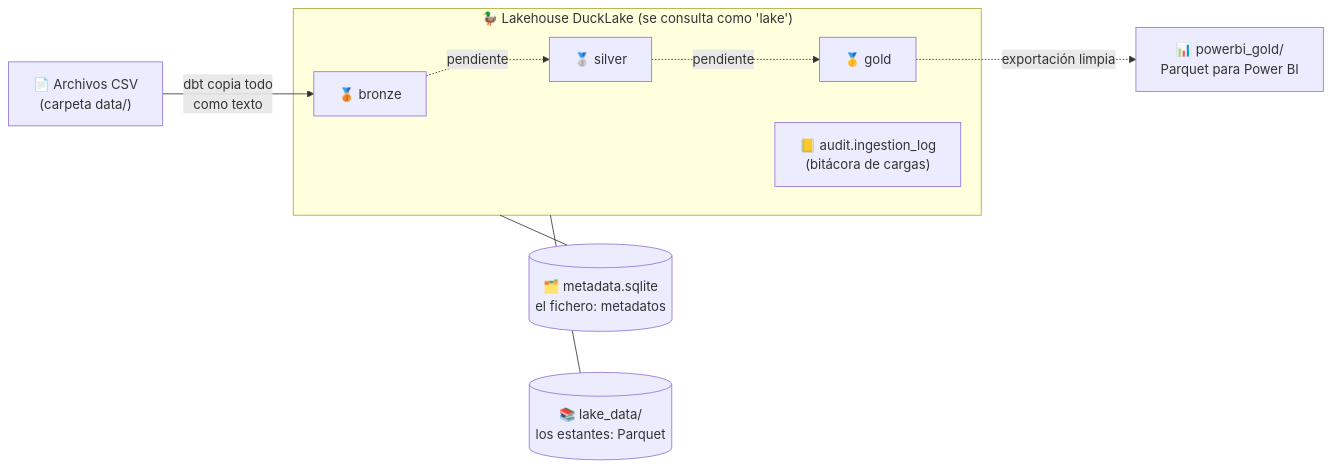
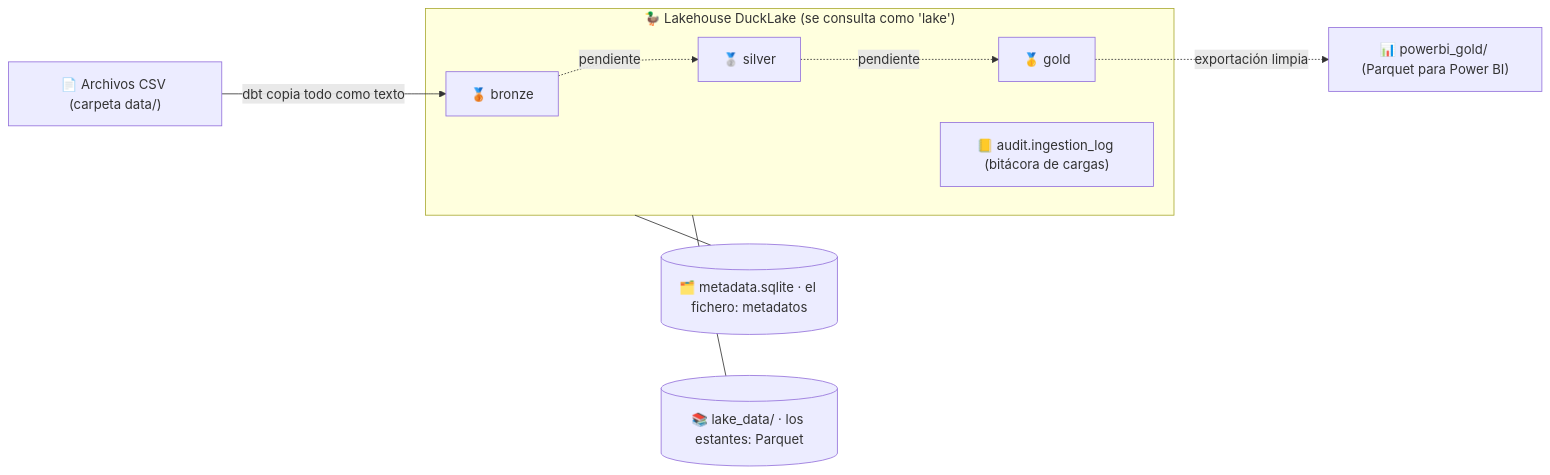
The first of 2 diagrams in README.md (dataeng-dev/Data_Architecture), drawn with Mermaid before and after one commit. The commit also changed other lines of this file and 1 other file, not shown here.

Commit message:
Readme adjust

````diff
--- a/README.md
+++ b/README.md
@@ -114,15 +114,15 @@
 ```mermaid
 flowchart LR
-  CSV["📄 Archivos CSV<br/>(carpeta data/)"] -->|"dbt copia todo<br/>como texto"| B["🥉 bronze"]
+  CSV["📄 Archivos CSV (carpeta data/)"] -->|"dbt copia todo como texto"| B["🥉 bronze"]
   B -.->|"pendiente"| S["🥈 silver"]
   S -.->|"pendiente"| G["🥇 gold"]
-  G -.->|"exportación limpia"| BI["📊 powerbi_gold/<br/>Parquet para Power BI"]
+  G -.->|"exportación limpia"| BI["📊 powerbi_gold/ (Parquet para Power BI)"]
   subgraph DuckLake["🦆 Lakehouse DuckLake (se consulta como 'lake')"]
     B
     S
     G
-    A["📒 audit.ingestion_log<br/>(bitácora de cargas)"]
+    A["📒 audit.ingestion_log (bitácora de cargas)"]
   end
-  DuckLake --- M[("🗂️ metadata.sqlite<br/>el fichero: metadatos")]
-  DuckLake --- P[("📚 lake_data/<br/>los estantes: Parquet")]
+  DuckLake --- M[("🗂️ metadata.sqlite · el fichero: metadatos")]
+  DuckLake --- P[("📚 lake_data/ · los estantes: Parquet")]
 ```
````
